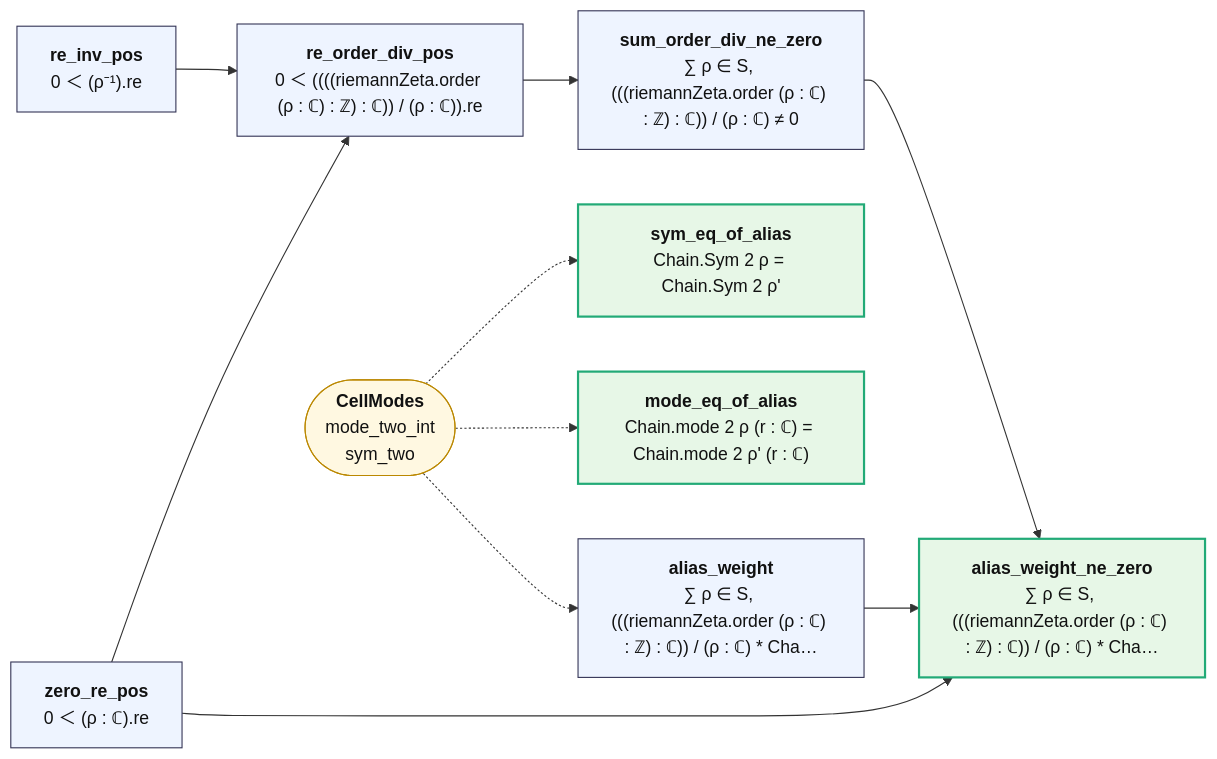
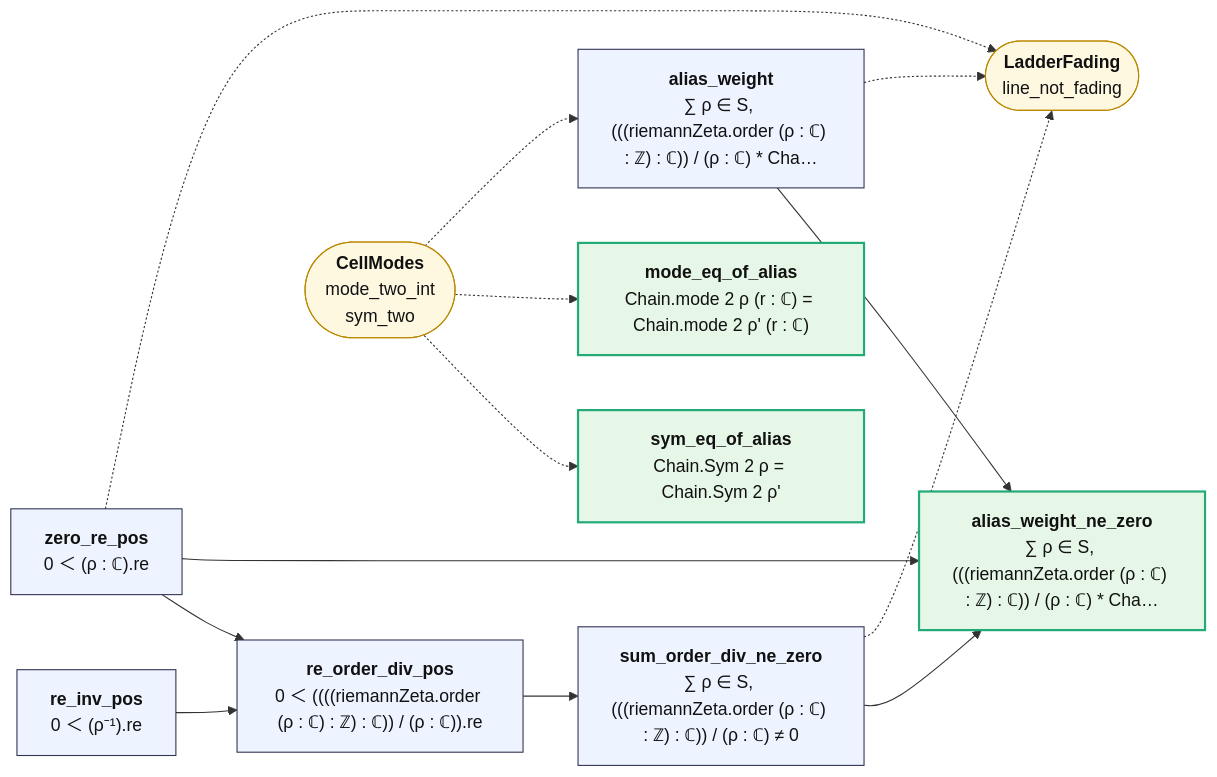
Before and after one commit to juliansambranojr/Primebeat_081426: the diagram in map/lean_stage3/AliasClass.mmd, drawn with Mermaid. The commit also changed 24 other files, not shown here.

First line of the commit message:
LadderFading.lean: a finite line of zeros does not fade from the one ladder's cells (line_not_fading), by the table's own difference (not_tendsto_powerSum); second piece of joint 10; the infinite case worked on paper in joints.md J10b; unit 0430 logged; map refreshed from Lean

```diff
--- a/map/lean_stage3/AliasClass.mmd
+++ b/map/lean_stage3/AliasClass.mmd
@@ -1,24 +1,28 @@
 flowchart LR
   n0["<b>re_inv_pos</b><br/>0 ＜ (ρ⁻¹).re"]:::thm
   n1["<b>zero_re_pos</b><br/>0 ＜ (ρ : ℂ).re"]:::thm
   n2["<b>re_order_div_pos</b><br/>0 ＜ ((((riemannZeta.order (ρ : ℂ) : ℤ) : ℂ)) / (ρ : ℂ)).re"]:::thm
   n3["<b>sum_order_div_ne_zero</b><br/>∑ ρ ∈ S, (((riemannZeta.order (ρ : ℂ) : ℤ) : ℂ)) / (ρ : ℂ) ≠ 0"]:::thm
   n4["<b>sym_eq_of_alias</b><br/>Chain.Sym 2 ρ = Chain.Sym 2 ρ'"]:::end_
   n5["<b>mode_eq_of_alias</b><br/>Chain.mode 2 ρ (r : ℂ) = Chain.mode 2 ρ' (r : ℂ)"]:::end_
   n6["<b>alias_weight</b><br/>∑ ρ ∈ S, (((riemannZeta.order (ρ : ℂ) : ℤ) : ℂ)) / (ρ : ℂ) * Cha…"]:::thm
   n7["<b>alias_weight_ne_zero</b><br/>∑ ρ ∈ S, (((riemannZeta.order (ρ : ℂ) : ℤ) : ℂ)) / (ρ : ℂ) * Cha…"]:::end_
-  x0(["<b>CellModes</b><br/>mode_two_int<br/>sym_two"]):::ext
+  x0(["<b>LadderFading</b><br/>line_not_fading"]):::ext
+  x1(["<b>CellModes</b><br/>mode_two_int<br/>sym_two"]):::ext
   n0 --> n2
   n1 --> n2
   n1 --> n7
   n2 --> n3
   n3 --> n7
   n6 --> n7
-  x0 -.-> n4
-  x0 -.-> n5
-  x0 -.-> n6
+  n1 -.-> x0
+  n3 -.-> x0
+  n6 -.-> x0
+  x1 -.-> n4
+  x1 -.-> n5
+  x1 -.-> n6
   classDef thm fill:#eef4ff,stroke:#335,color:#111
   classDef end_ fill:#e7f7e7,stroke:#2a7,color:#111,stroke-width:2px
   classDef lone fill:#fff,stroke:#999,color:#111,stroke-dasharray:4 3
   classDef bad fill:#ffe5e5,stroke:#c22,color:#111,stroke-width:2px
   classDef ext fill:#fff8e1,stroke:#b80,color:#111
```
